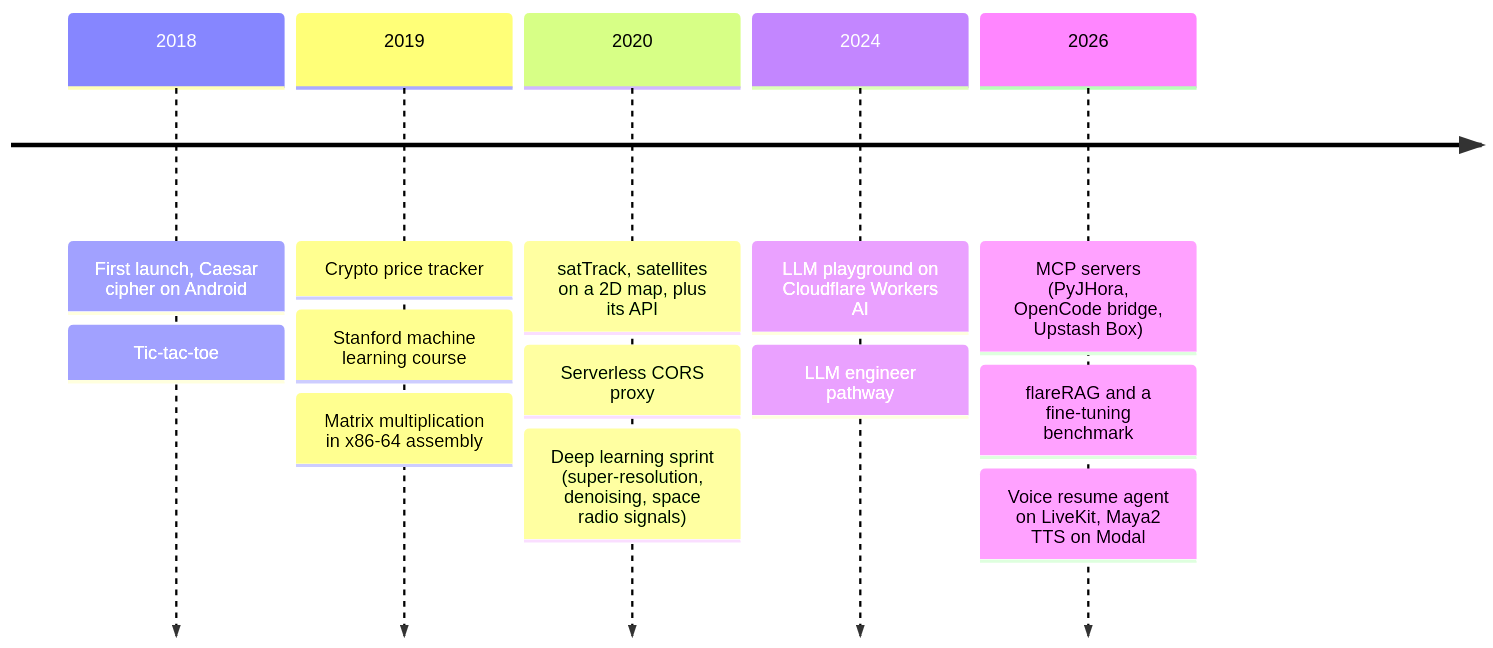
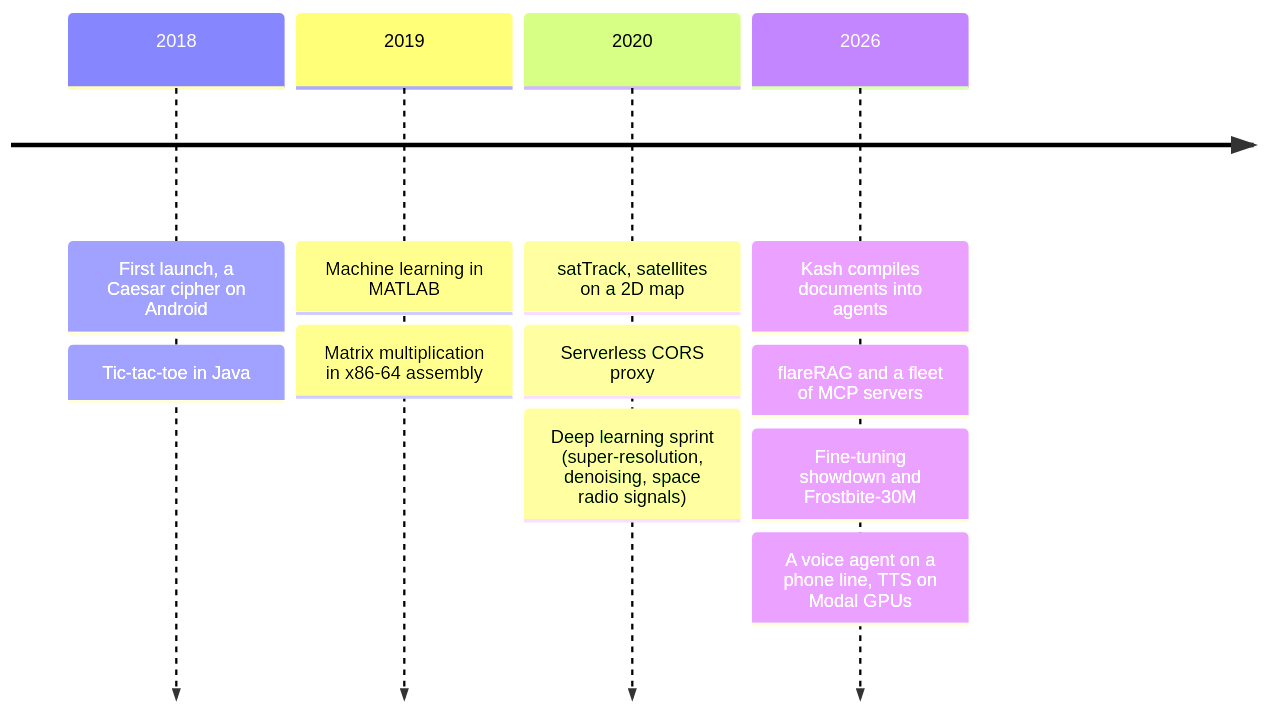
One commit to chinmay-sh/chinmay-sh changed the second of 2 diagrams in README.md. Above: the diagram before and after it, drawn with Mermaid. The commit also changed other lines of this file and 13 other files, not shown here.

````diff
--- a/README.md
+++ b/README.md
@@ -114,16 +131,14 @@
 ```mermaid
 timeline
-    2018 : First launch, Caesar cipher on Android
-         : Tic-tac-toe
-    2019 : Crypto price tracker
-         : Stanford machine learning course
+    2018 : First launch, a Caesar cipher on Android
+         : Tic-tac-toe in Java
+    2019 : Machine learning in MATLAB
          : Matrix multiplication in x86-64 assembly
-    2020 : satTrack, satellites on a 2D map, plus its API
+    2020 : satTrack, satellites on a 2D map
          : Serverless CORS proxy
          : Deep learning sprint (super-resolution, denoising, space radio signals)
-    2024 : LLM playground on Cloudflare Workers AI
-         : LLM engineer pathway
-    2026 : MCP servers (PyJHora, OpenCode bridge, Upstash Box)
-         : flareRAG and a fine-tuning benchmark
-         : Voice resume agent on LiveKit, Maya2 TTS on Modal
+    2026 : Kash compiles documents into agents
+         : flareRAG and a fleet of MCP servers
+         : Fine-tuning showdown and Frostbite-30M
+         : A voice agent on a phone line, TTS on Modal GPUs
 ```
````
